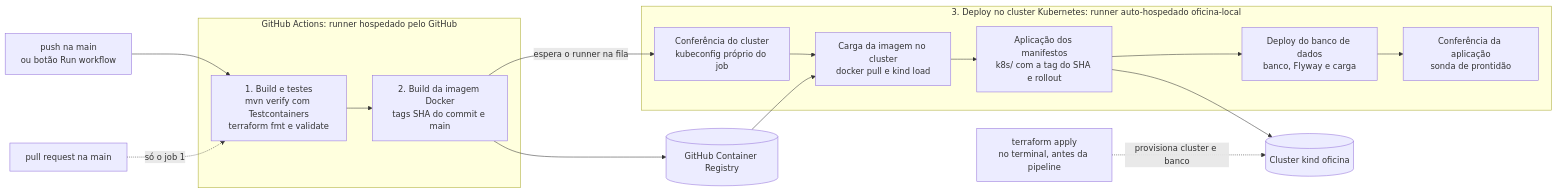
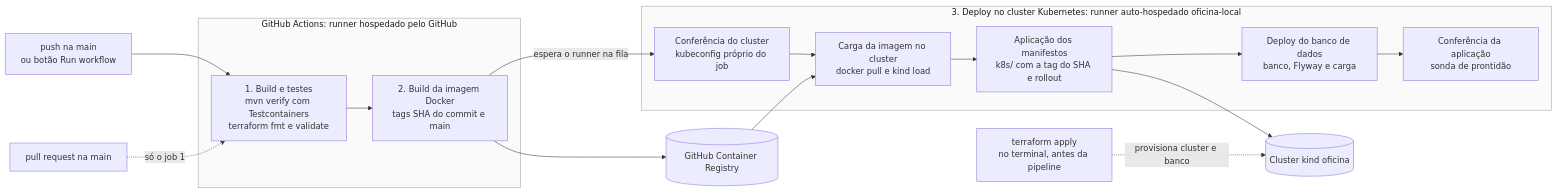
One commit to paulo-juchimiuk/oficina-mecanica-api changed the second of 2 diagrams in README.md. Above: the diagram before and after it, drawn with Mermaid. The commit also changed other lines of this file, not shown here.

````diff
--- a/README.md
+++ b/README.md
@@ -127,31 +127,34 @@
 ```mermaid
 flowchart LR
     gatilho["push na main<br/>ou botão Run workflow"]
     pr["pull request na main"]
 
     subgraph hospedado["GitHub Actions: runner hospedado pelo GitHub"]
         build["1. Build e testes<br/>mvn verify com Testcontainers<br/>terraform fmt e validate"]
         imagem["2. Build da imagem Docker<br/>tags SHA do commit e main"]
     end
 
     ghcr[("GitHub Container Registry")]
 
     subgraph local["3. Deploy no cluster Kubernetes: runner auto-hospedado oficina-local"]
         conferencia["Conferência do cluster<br/>kubeconfig próprio do job"]
         carga["Carga da imagem no cluster<br/>docker pull e kind load"]
         manifestos["Aplicação dos manifestos<br/>k8s/ com a tag do SHA e rollout"]
         bancoPasso["Deploy do banco de dados<br/>banco, Flyway e carga"]
         prontidao["Conferência da aplicação<br/>sonda de prontidão"]
     end
 
     cluster[("Cluster kind oficina")]
     terraform["terraform apply<br/>no terminal, antes da pipeline"]
 
     gatilho --> build --> imagem --> ghcr
     pr -. só o job 1 .-> build
     imagem -- espera o runner na fila --> conferencia
     conferencia --> carga --> manifestos --> bancoPasso --> prontidao
     ghcr --> carga
     manifestos --> cluster
     terraform -. provisiona cluster e banco .-> cluster
+
+    classDef neutro fill:#fafafa,stroke:#9e9e9e,color:#1a1a1a
+    class hospedado,local neutro
 ```
````
